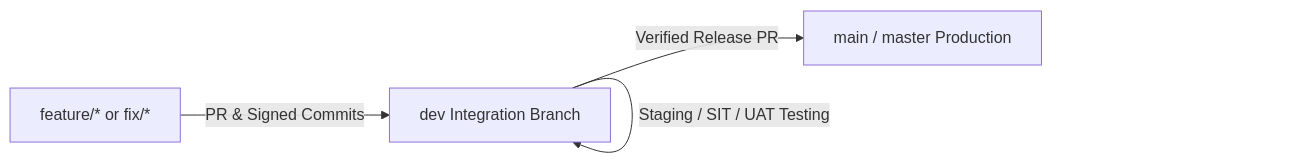
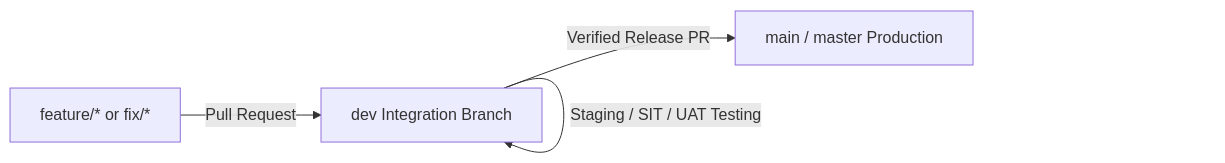
One commit to OffSecIntel/blog.offsecintel.org changed the second of 4 diagrams in DEVELOPER.md. Above: the diagram before and after it, drawn with Mermaid. The commit also changed other lines of this file and 23 other files, not shown here.

````diff
--- a/DEVELOPER.md
+++ b/DEVELOPER.md
@@ -58,6 +58,6 @@
 ```mermaid
 graph LR
-    A[feature/* or fix/*] -->|PR & Signed Commits| B[dev Integration Branch]
+    A[feature/* or fix/*] -->|Pull Request| B[dev Integration Branch]
     B -->|Staging / SIT / UAT Testing| B
     B -->|Verified Release PR| C[main / master Production]
 ```
````
